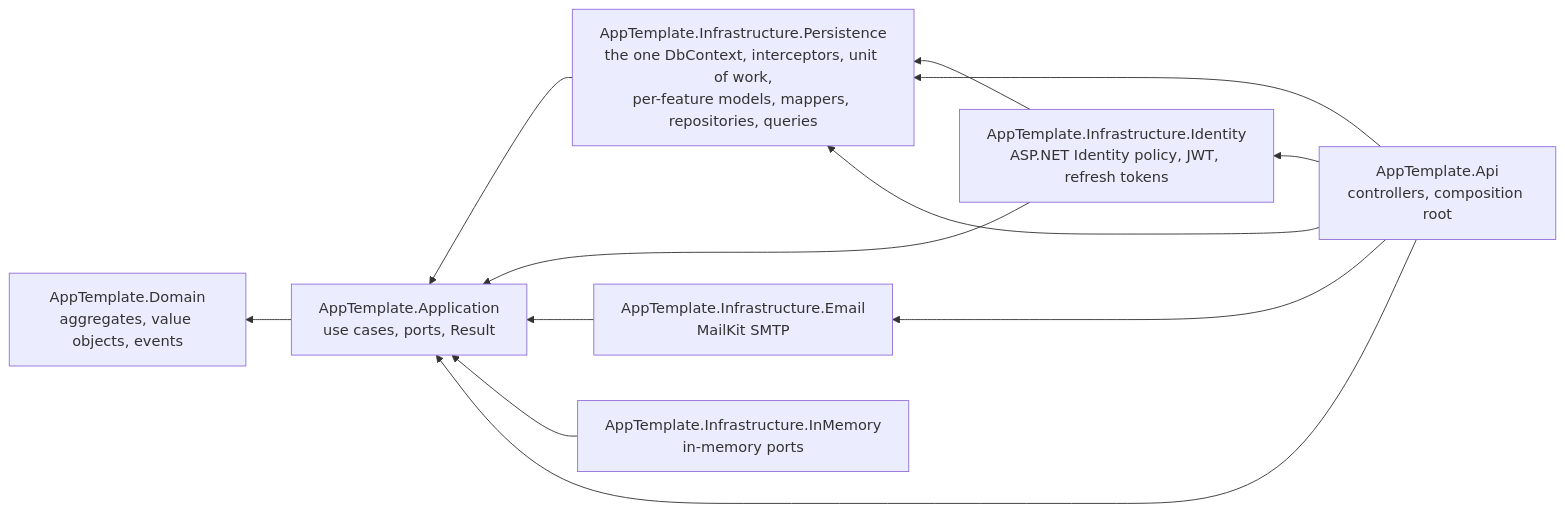
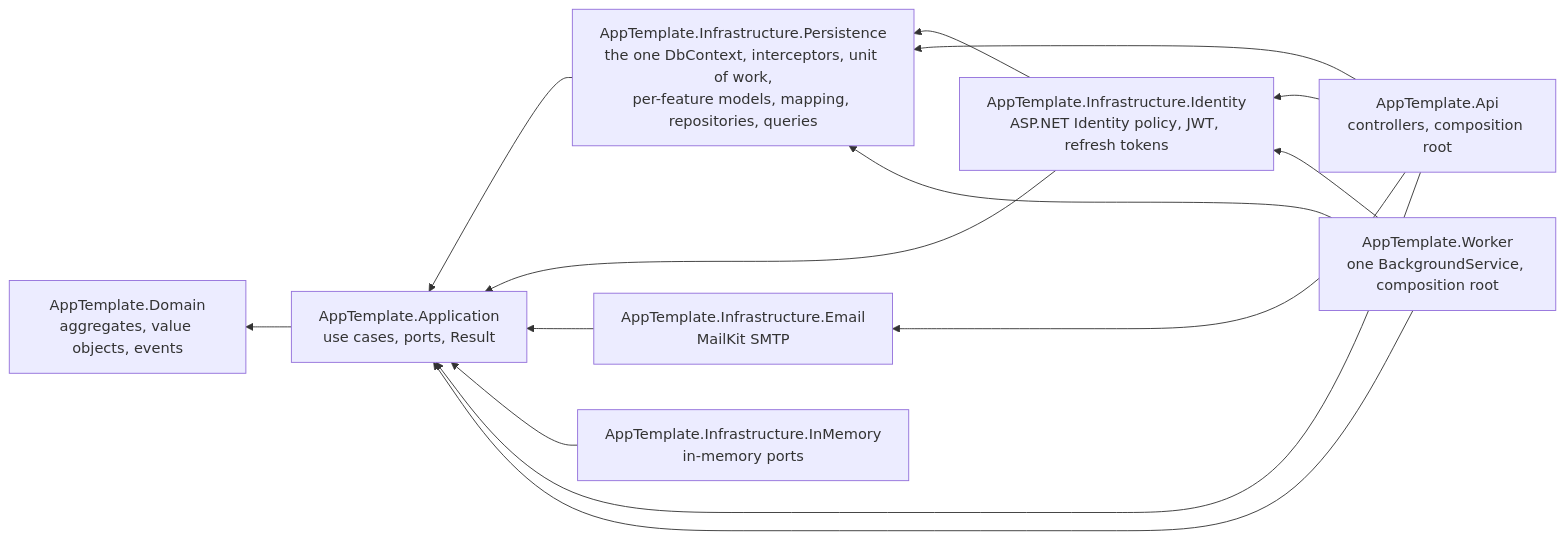
Before and after one commit to Pierre-MarieMarchio/Template-DotNet_Clean_Architecture: the diagram in docs/ARCHITECTURE.md, drawn with Mermaid. The commit also changed other lines of this file and 460 other files, not shown here.

First line of the commit message:
refactor(layout): one folder per use case and per port

````diff
--- a/docs/ARCHITECTURE.md
+++ b/docs/ARCHITECTURE.md
@@ -28,22 +22,25 @@
 ```mermaid
 graph RL
     Api[AppTemplate.Api<br/>controllers, composition root]
+    Worker[AppTemplate.Worker<br/>one BackgroundService, composition root]
     Ident[AppTemplate.Infrastructure.Identity<br/>ASP.NET Identity policy, JWT, refresh tokens]
     Mail[AppTemplate.Infrastructure.Email<br/>MailKit SMTP]
     Mem[AppTemplate.Infrastructure.InMemory<br/>in-memory ports]
-    Pers[AppTemplate.Infrastructure.Persistence<br/>the one DbContext, interceptors, unit of work,<br/>per-feature models, mappers, repositories, queries]
+    Pers[AppTemplate.Infrastructure.Persistence<br/>the one DbContext, interceptors, unit of work,<br/>per-feature models, mapping, repositories, queries]
     App[AppTemplate.Application<br/>use cases, ports, Result]
     Dom[AppTemplate.Domain<br/>aggregates, value objects, events]
 
     App --> Dom
     Pers --> App
     Ident --> App
     Ident --> Pers
     Mail --> App
     Mem --> App
     Api --> App
     Api --> Pers
     Api --> Ident
     Api --> Mail
-    Api --> Pers
+    Worker --> App
+    Worker --> Pers
+    Worker --> Ident
 ```
````
